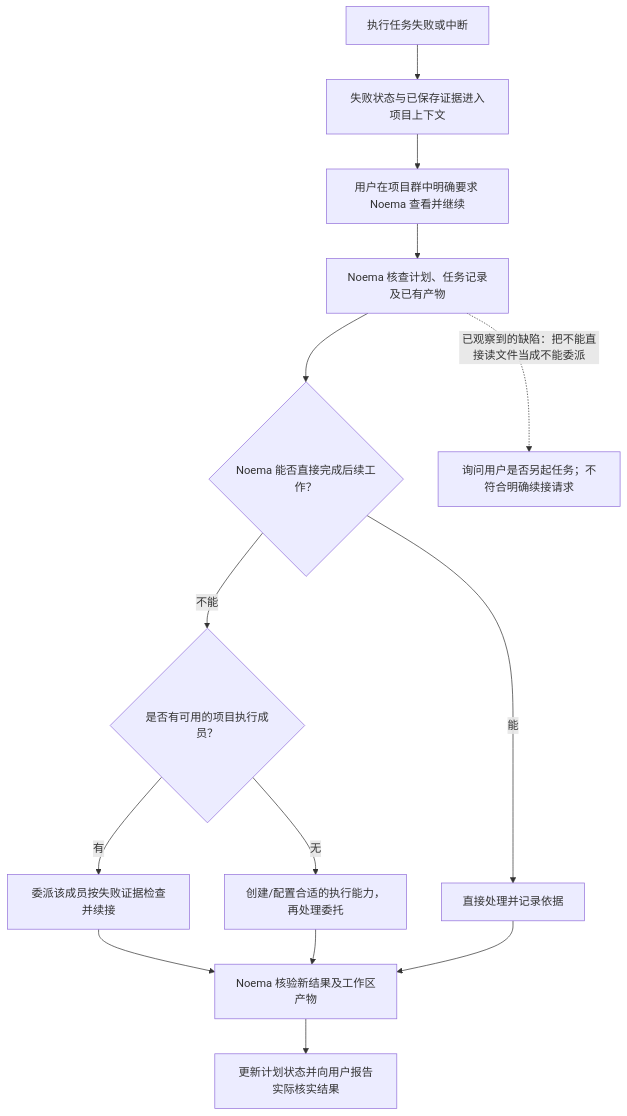
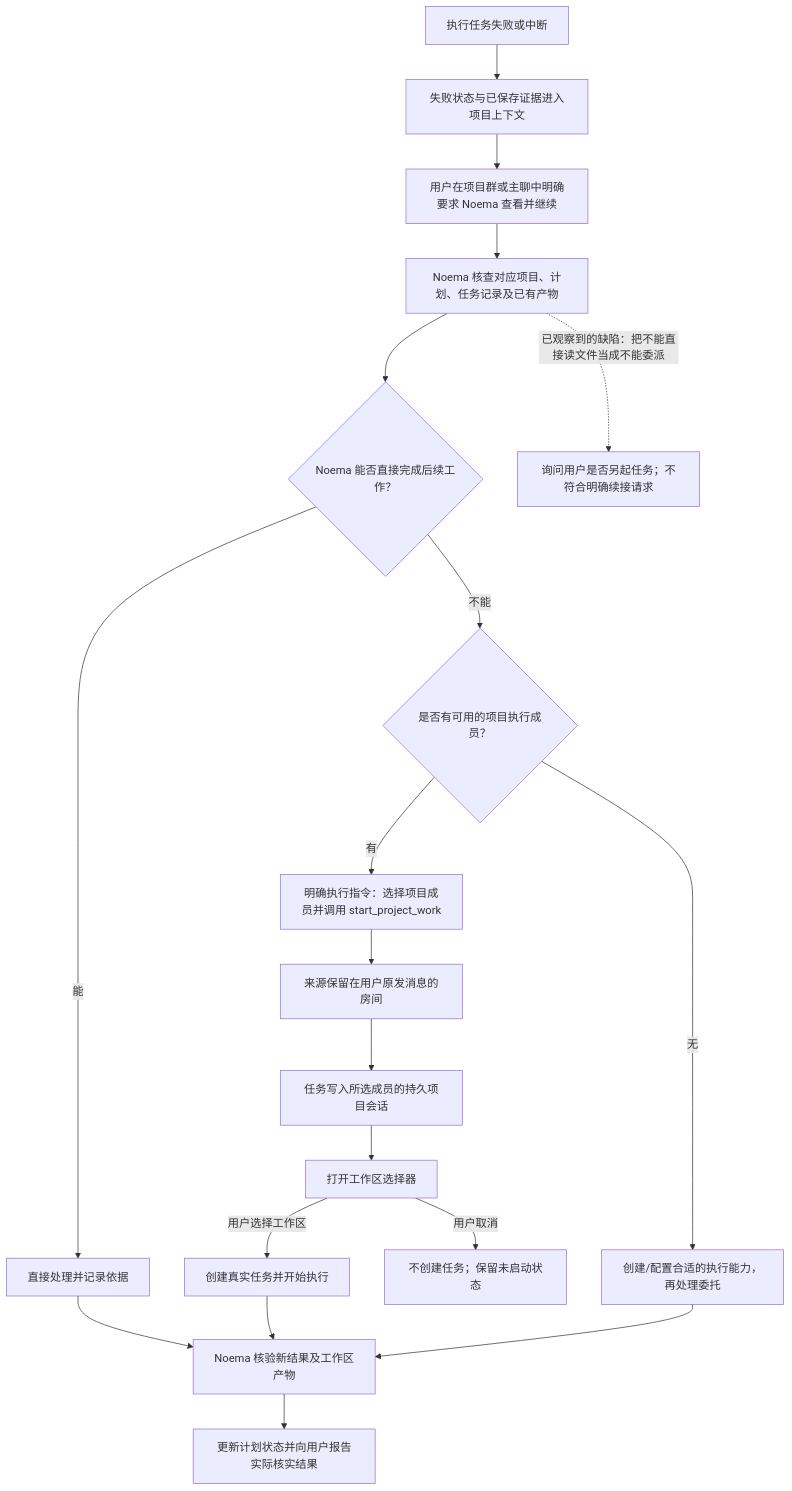
Before and after one commit to Noema-Harness/noema-agent: diagram 14 of 15 in docs/design/noema-core-flows.md, drawn with Mermaid. The commit also changed other lines of this file and 19 other files, not shown here.

````diff
--- a/docs/design/noema-core-flows.md
+++ b/docs/design/noema-core-flows.md
@@ -440,16 +440,21 @@
 ```mermaid
 flowchart TD
     EXEC_FAILED[执行任务失败或中断] --> REPORT[失败状态与已保存证据进入项目上下文]
-    REPORT --> NOEMA[用户在项目群中明确要求 Noema 查看并继续]
-    NOEMA --> INSPECT[Noema 核查计划、任务记录及已有产物]
+    REPORT --> NOEMA[用户在项目群或主聊中明确要求 Noema 查看并继续]
+    NOEMA --> INSPECT[Noema 核查对应项目、计划、任务记录及已有产物]
     INSPECT --> CAPABILITY{Noema 能否直接完成后续工作？}
     CAPABILITY -- 能 --> DIRECT[直接处理并记录依据]
     CAPABILITY -- 不能 --> MEMBER{是否有可用的项目执行成员？}
-    MEMBER -- 有 --> RESUME[委派该成员按失败证据检查并续接]
+    MEMBER -- 有 --> RESUME[明确执行指令：选择项目成员并调用 start_project_work]
+    RESUME --> SOURCE[来源保留在用户原发消息的房间]
+    SOURCE --> SESSION[任务写入所选成员的持久项目会话]
+    SESSION --> PICKER[打开工作区选择器]
+    PICKER -- 用户选择工作区 --> RUN[创建真实任务并开始执行]
+    PICKER -- 用户取消 --> WAIT[不创建任务；保留未启动状态]
     MEMBER -- 无 --> PROVISION[创建/配置合适的执行能力，再处理委托]
-    RESUME --> VERIFY[Noema 核验新结果及工作区产物]
+    RUN --> VERIFY[Noema 核验新结果及工作区产物]
     PROVISION --> VERIFY
     DIRECT --> VERIFY
     VERIFY --> UPDATE[更新计划状态并向用户报告实际核实结果]
     INSPECT -. 已观察到的缺陷：把不能直接读文件当成不能委派 .-> ASK[询问用户是否另起任务；不符合明确续接请求]
 ```
````
